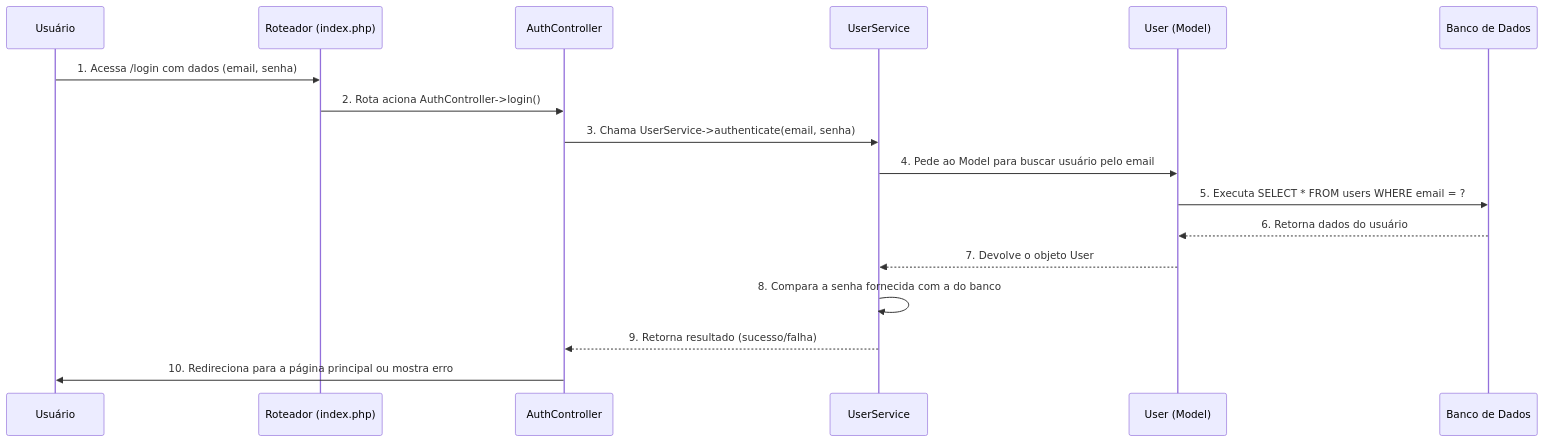
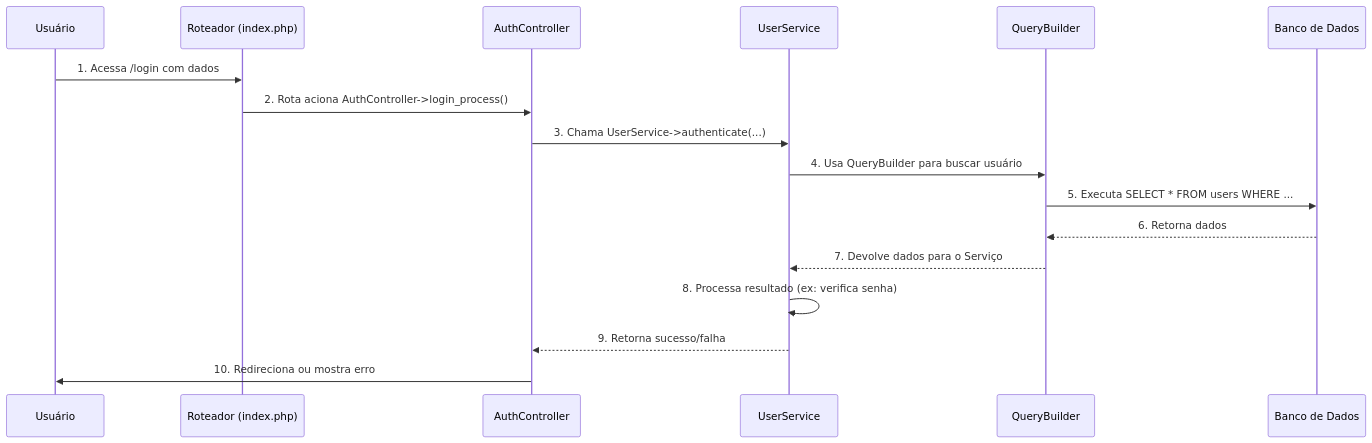
One commit to IvanPSG-BR/Tasksmith-TCC changed the diagram in docs/Base-de-Conhecimento.md. Above: the diagram before and after it, drawn with Mermaid. The commit also changed other lines of this file and 21 other files, not shown here.

````diff
--- a/docs/Base-de-Conhecimento.md
+++ b/docs/Base-de-Conhecimento.md
@@ -13,20 +13,20 @@
 ```mermaid
 sequenceDiagram
     participant User as Usuário
     participant Router as Roteador (index.php)
     participant Controller as AuthController
     participant Service as UserService
-    participant Model as User (Model)
+    participant QueryBuilder as QueryBuilder
     participant Database as Banco de Dados
 
-    User->>Router: 1. Acessa /login com dados (email, senha)
-    Router->>Controller: 2. Rota aciona AuthController->login()
-    Controller->>Service: 3. Chama UserService->authenticate(email, senha)
-    Service->>Model: 4. Pede ao Model para buscar usuário pelo email
-    Model->>Database: 5. Executa SELECT * FROM users WHERE email = ?
-    Database-->>Model: 6. Retorna dados do usuário
-    Model-->>Service: 7. Devolve o objeto User
-    Service->>Service: 8. Compara a senha fornecida com a do banco
-    Service-->>Controller: 9. Retorna resultado (sucesso/falha)
-    Controller->>User: 10. Redireciona para a página principal ou mostra erro
+    User->>Router: 1. Acessa /login com dados
+    Router->>Controller: 2. Rota aciona AuthController->login_process()
+    Controller->>Service: 3. Chama UserService->authenticate(...)
+    Service->>QueryBuilder: 4. Usa QueryBuilder para buscar usuário
+    QueryBuilder->>Database: 5. Executa SELECT * FROM users WHERE ...
+    Database-->>QueryBuilder: 6. Retorna dados
+    QueryBuilder-->>Service: 7. Devolve dados para o Serviço
+    Service->>Service: 8. Processa resultado (ex: verifica senha)
+    Service-->>Controller: 9. Retorna sucesso/falha
+    Controller->>User: 10. Redireciona ou mostra erro
 ```
````
